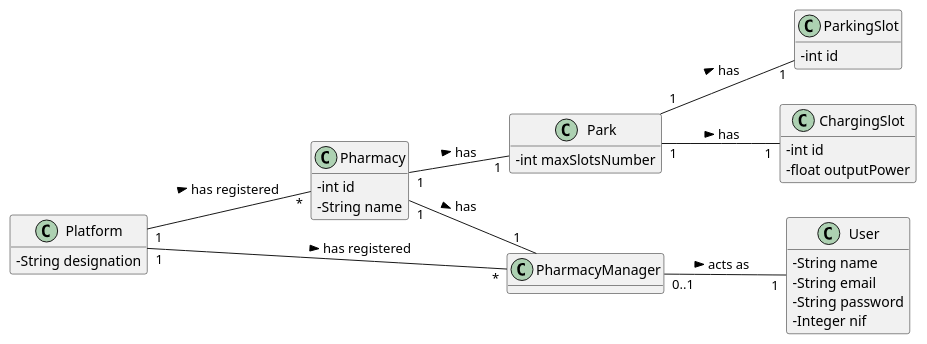
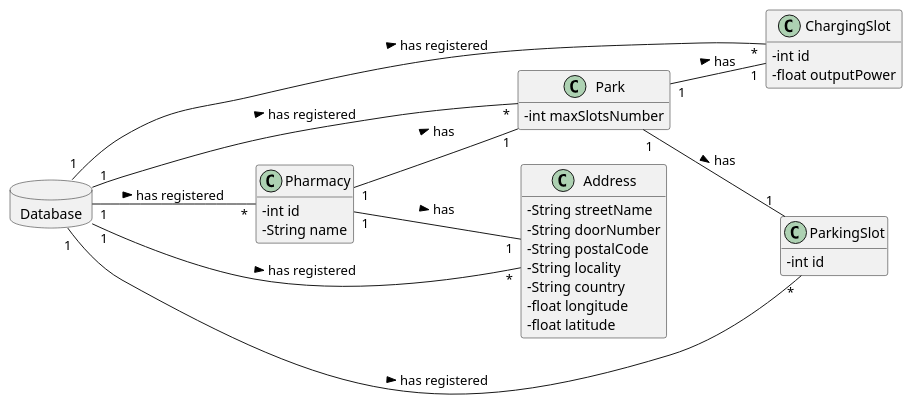
One commit to tiagoavcosta25/LAPR3 changed the diagram in docs/Iteration 2/Pharmacy Management/Refinement/US40_RegisterPhamacy/US40_DM.puml. Above: the diagram before and after it, drawn with PlantUML. The commit also changed 7 other files, not shown here.

```diff
--- a/docs/Iteration 2/Pharmacy Management/Refinement/US40_RegisterPhamacy/US40_DM.puml
+++ b/docs/Iteration 2/Pharmacy Management/Refinement/US40_RegisterPhamacy/US40_DM.puml
@@ -1,45 +1,46 @@
 @startuml
 skinparam classAttributeIconSize 0
 hide methods
 left to right direction
 
-class Platform {
--   String designation
+database Database {
 }
 
 class Pharmacy{
 -   int id
 -   String name
-}
-
-class User{
--   String name
--   String email
--   String password
--   Integer nif
-}
-
-class PharmacyManager{
 }
 
 class Park{
 -   int maxSlotsNumber
 }
 
 class ChargingSlot{
 -   int id
 -   float outputPower
 }
 
 class ParkingSlot{
 -   int id
 }
 
-Platform "1" -- "*" Pharmacy : has registered >
-Platform "1" -- "*" PharmacyManager : has registered >
-PharmacyManager "0..1" -- "1" User: acts as >
-Pharmacy "1" -- "1" PharmacyManager : has >
+class Address{
+-   String streetName
+-   String doorNumber
+-   String postalCode
+-   String locality
+-   String country
+-   float longitude
+-   float latitude
+}
+
+Database "1" -- "*" Pharmacy : has registered >
+Database "1" -- "*" Address : has registered >
+Database "1" -- "*" Park : has registered >
+Database "1" -- "*" ChargingSlot : has registered >
+Database "1" -- "*" ParkingSlot : has registered >
 Pharmacy "1" -- "1" Park : has >
 Park "1" -- "1" ChargingSlot : has >
 Park "1" -- "1" ParkingSlot : has >
+Pharmacy "1" -- "1" Address : has >
 @enduml
```
